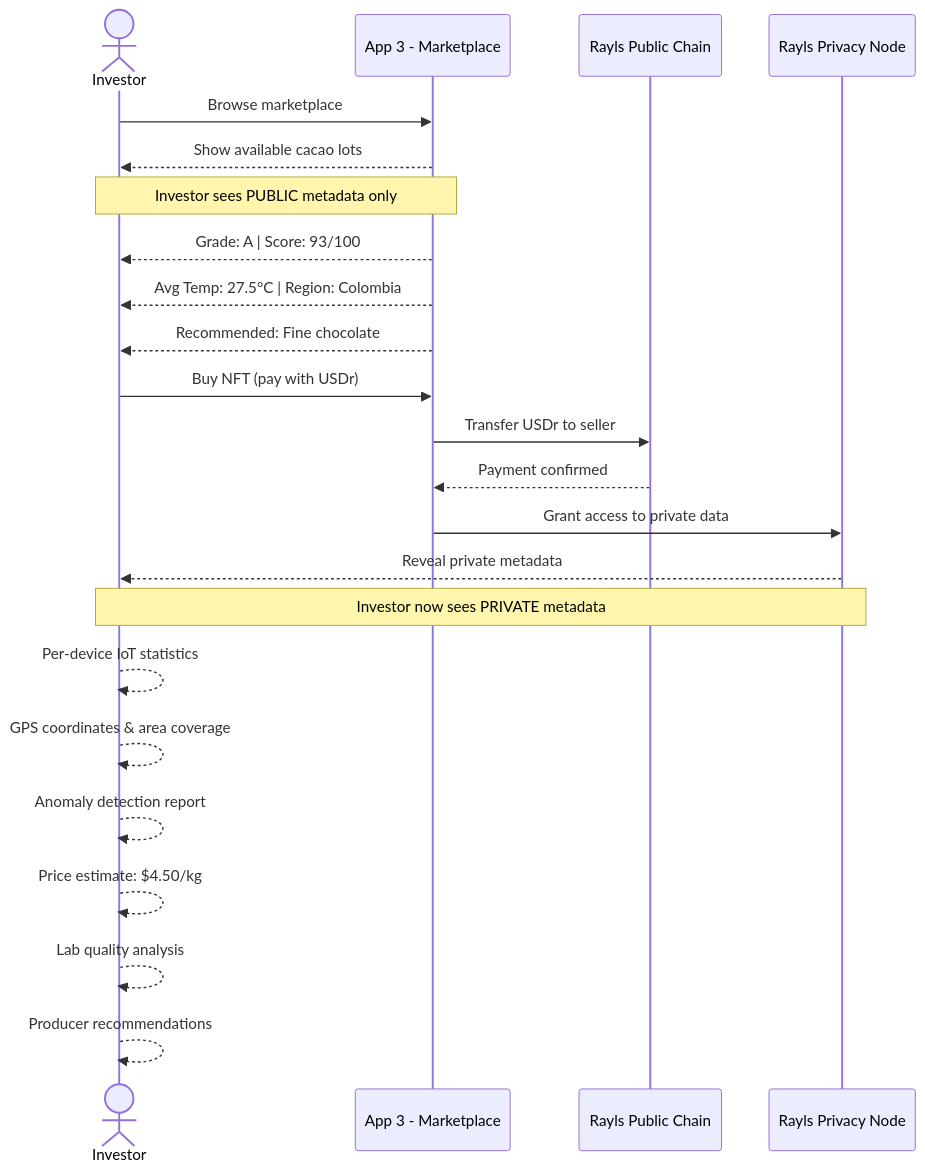
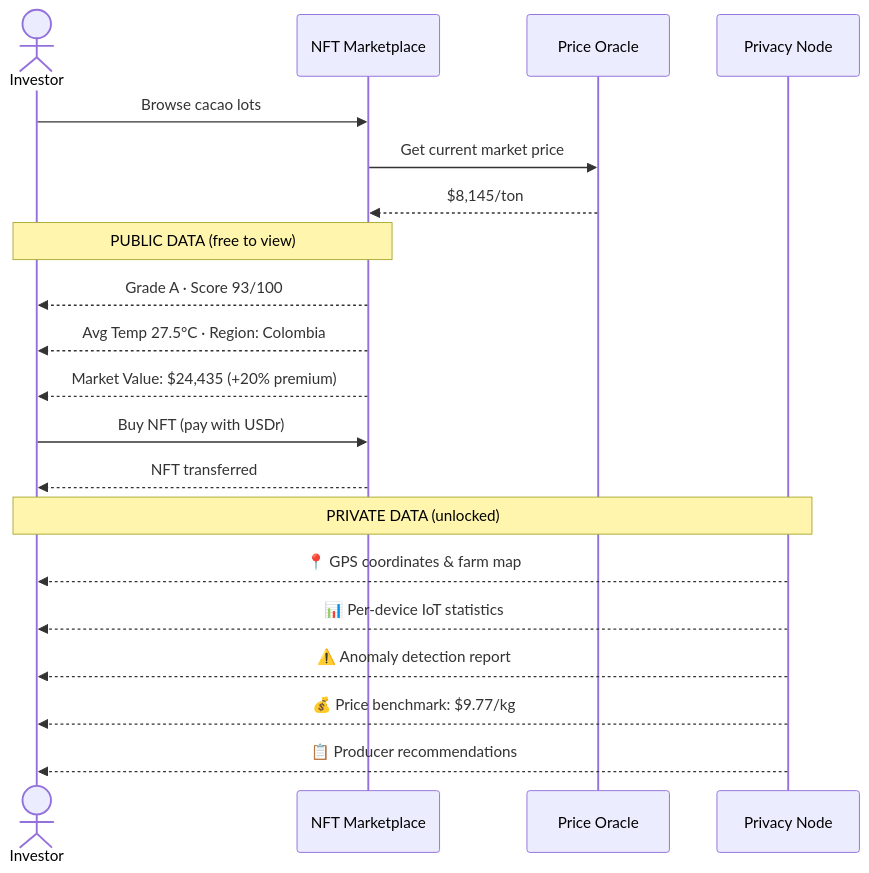
Before and after one commit to JulioMCruz/Cocoa-Ledger: the fourth of 4 diagrams in README.md, drawn with Mermaid. The commit also changed other lines of this file, not shown here.

````diff
--- a/README.md
+++ b/README.md
@@ -277,30 +274,26 @@
 ```mermaid
 sequenceDiagram
     actor Investor
-    participant Market as App 3 - Marketplace
-    participant PC as Rayls Public Chain
-    participant PN as Rayls Privacy Node
+    participant Market as NFT Marketplace
+    participant Oracle as Price Oracle
+    participant PN as Privacy Node
 
-    Investor->>Market: Browse marketplace
-    Market-->>Investor: Show available cacao lots
+    Investor->>Market: Browse cacao lots
+    Market->>Oracle: Get current market price
+    Oracle-->>Market: $8,145/ton
 
-    Note over Investor,Market: Investor sees PUBLIC metadata only
-    Market-->>Investor: Grade: A | Score: 93/100
-    Market-->>Investor: Avg Temp: 27.5°C | Region: Colombia
-    Market-->>Investor: Recommended: Fine chocolate
+    Note over Investor,Market: PUBLIC DATA (free to view)
+    Market-->>Investor: Grade A · Score 93/100
+    Market-->>Investor: Avg Temp 27.5°C · Region: Colombia
+    Market-->>Investor: Market Value: $24,435 (+20% premium)
 
     Investor->>Market: Buy NFT (pay with USDr)
-    Market->>PC: Transfer USDr to seller
-    PC-->>Market: Payment confirmed
+    Market-->>Investor: NFT transferred
 
-    Market->>PN: Grant access to private data
-    PN-->>Investor: Reveal private metadata
-
-    Note over Investor,PN: Investor now sees PRIVATE metadata
-    Investor-->>Investor: Per-device IoT statistics
-    Investor-->>Investor: GPS coordinates & area coverage
-    Investor-->>Investor: Anomaly detection report
-    Investor-->>Investor: Price estimate: $4.50/kg
-    Investor-->>Investor: Lab quality analysis
-    Investor-->>Investor: Producer recommendations
+    Note over Investor,PN: PRIVATE DATA (unlocked)
+    PN-->>Investor: 📍 GPS coordinates & farm map
+    PN-->>Investor: 📊 Per-device IoT statistics
+    PN-->>Investor: ⚠️ Anomaly detection report
+    PN-->>Investor: 💰 Price benchmark: $9.77/kg
+    PN-->>Investor: 📋 Producer recommendations
 ```
````
